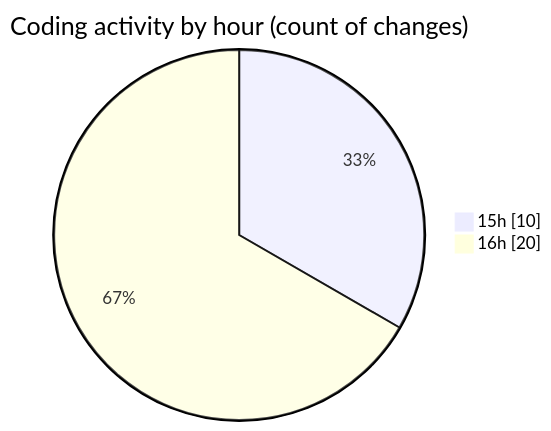
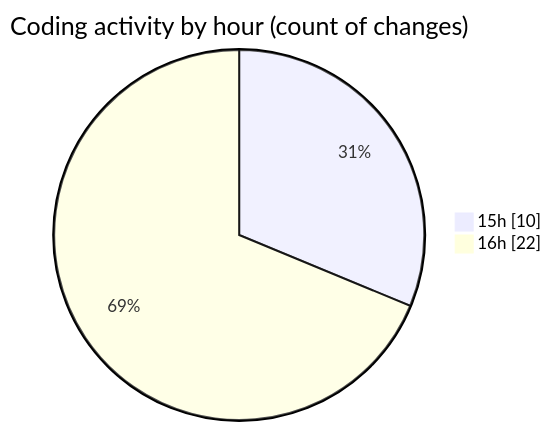
The second of 2 diagrams in 2025-06-26/webapp/README.md (Ritupan-Deka/code-tracking), drawn with Mermaid before and after one commit. The commit also changed other lines of this file and 1 other file, not shown here.

````diff
--- a/2025-06-26/webapp/README.md
+++ b/2025-06-26/webapp/README.md
@@ -36,6 +36,6 @@
 ```mermaid
 pie showData
 title Coding activity by hour (count of changes)
 "15h" : 10
-"16h" : 20
+"16h" : 22
 ```
````
